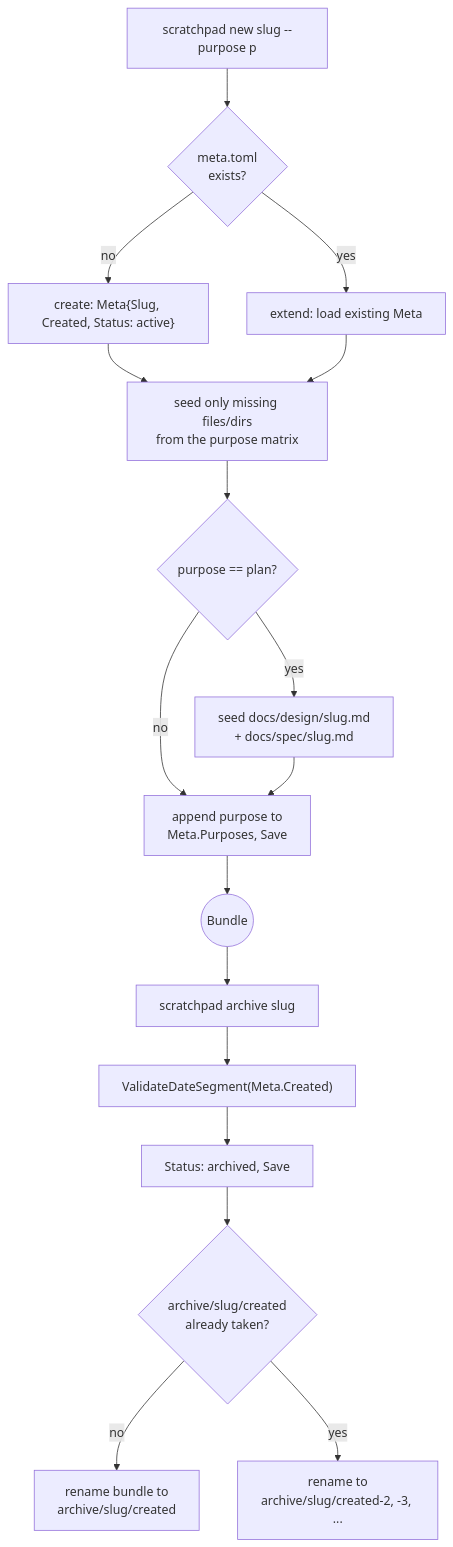
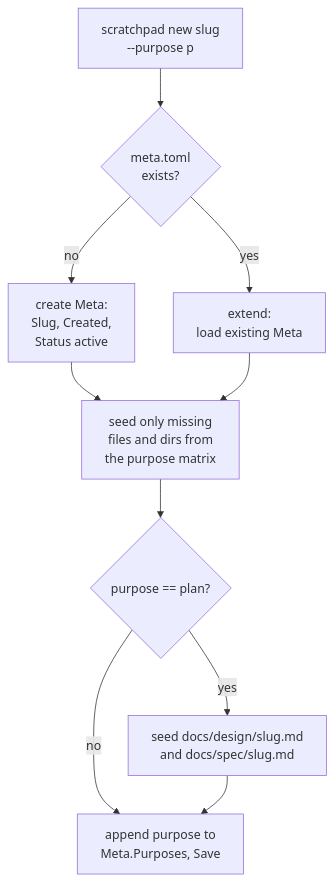
Before and after one commit to damusix/atomic-claude: the third of 14 diagrams in docs/wiki/config.md, drawn with Mermaid. The commit also changed other lines of this file and 19 other files, not shown here.

````diff
--- a/docs/wiki/config.md
+++ b/docs/wiki/config.md
@@ -122,19 +131,13 @@
 ```mermaid
 flowchart TD
-    N["scratchpad new slug --purpose p"] --> L{"meta.toml<br/>exists?"}
-    L -->|no| CR["create: Meta{Slug, Created, Status: active}"]
-    L -->|"yes"| EX["extend: load existing Meta"]
+    %% source: atomic/internal/scratchpad/bundle.go, atomic/cmd/atomic/cmd_scratchpad.go
+    N["scratchpad new slug<br/>--purpose p"] --> L{"meta.toml<br/>exists?"}
+    L -->|no| CR["create Meta:<br/>Slug, Created,<br/>Status active"]
+    L -->|"yes"| EX["extend:<br/>load existing Meta"]
     CR --> SEED
-    EX --> SEED["seed only missing files/dirs<br/>from the purpose matrix"]
+    EX --> SEED["seed only missing<br/>files and dirs from<br/>the purpose matrix"]
     SEED --> PL{"purpose == plan?"}
-    PL -->|yes| DOC["seed docs/design/slug.md<br/>+ docs/spec/slug.md"]
+    PL -->|yes| DOC["seed docs/design/slug.md<br/>and docs/spec/slug.md"]
     PL -->|no| APP
     DOC --> APP["append purpose to<br/>Meta.Purposes, Save"]
-    APP --> B(("Bundle"))
-    B --> AR["scratchpad archive slug"]
-    AR --> VD["ValidateDateSegment(Meta.Created)"]
-    VD --> ST["Status: archived, Save"]
-    ST --> MV{"archive/slug/created<br/>already taken?"}
-    MV -->|no| MOVE["rename bundle to<br/>archive/slug/created"]
-    MV -->|yes| SUF["rename to<br/>archive/slug/created-2, -3, ..."]
 ```
````
